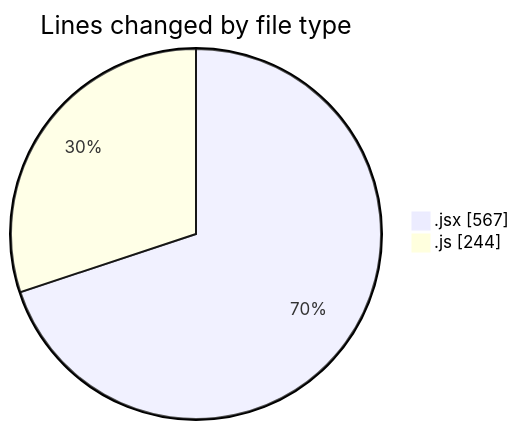
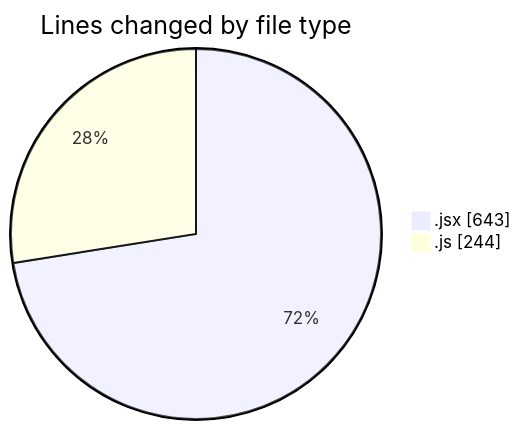
One commit to nxtqubesakshisongat/code-tracking changed the first of 2 diagrams in 2025-12-14/nxtqube_webapp/README.md. Above: the diagram before and after it, drawn with Mermaid. The commit also changed other lines of this file and 1 other file, not shown here.

````diff
--- a/2025-12-14/nxtqube_webapp/README.md
+++ b/2025-12-14/nxtqube_webapp/README.md
@@ -22,6 +22,6 @@
 ```mermaid
 pie showData
 title Lines changed by file type
-".jsx" : 567
+".jsx" : 643
 ".js" : 244
 ```
````
